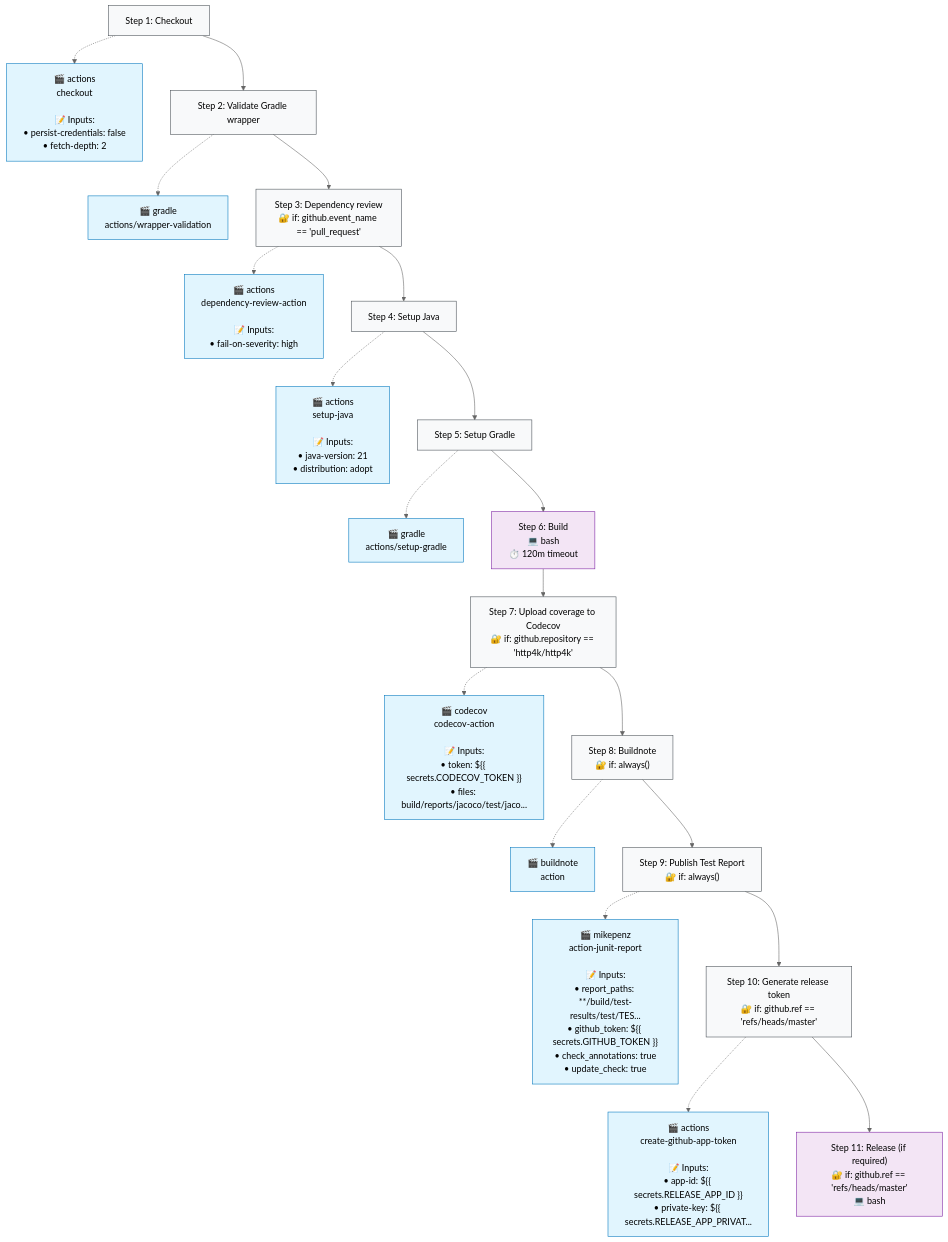
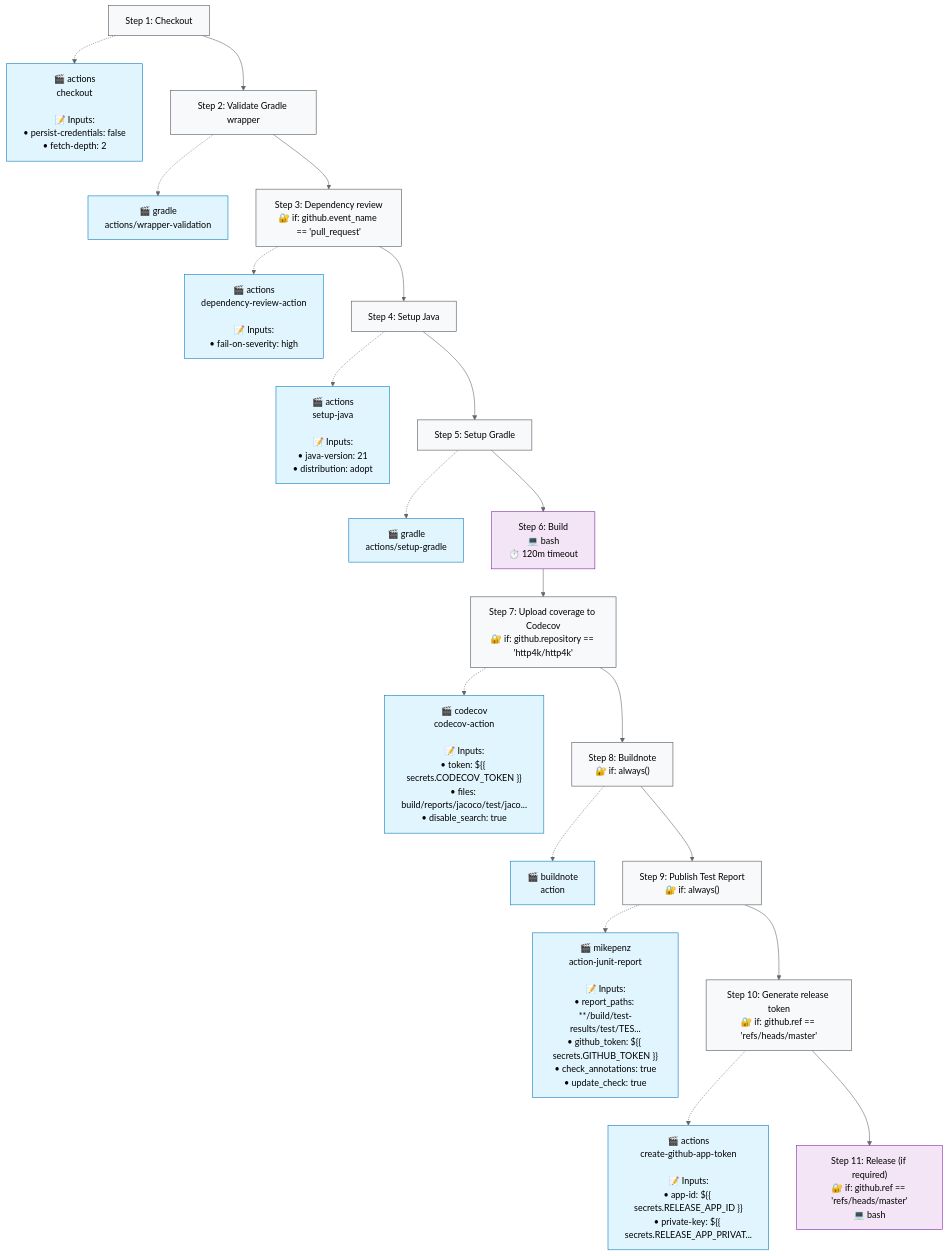
The second of 2 diagrams in .github/typeflows/build-http4k/README.md (http4k/http4k), drawn with Mermaid (neutral theme) before and after one commit. The commit also changed 2 other files, not shown here.

Commit message:
Add `disable_search` option to Codecov action configuration

````diff
--- a/.github/typeflows/build-http4k/README.md
+++ b/.github/typeflows/build-http4k/README.md
@@ -24,63 +24,63 @@
 ```mermaid
 %%{init: {"flowchart": {"curve": "basis"}}}%%
 flowchart TD
     step1["Step 1: Checkout"]
     style step1 fill:#f8f9fa,stroke:#495057
     action1["🎬 actions<br/>checkout<br/><br/>📝 Inputs:<br/>• persist-credentials: false<br/>• fetch-depth: 2"]
     style action1 fill:#e1f5fe,stroke:#0277bd
     step1 -.-> action1
     step2["Step 2: Validate Gradle wrapper"]
     style step2 fill:#f8f9fa,stroke:#495057
     action2["🎬 gradle<br/>actions/wrapper-validation"]
     style action2 fill:#e1f5fe,stroke:#0277bd
     step2 -.-> action2
     step1 --> step2
     step3["Step 3: Dependency review<br/>🔐 if: github.event_name == 'pull_request'"]
     style step3 fill:#f8f9fa,stroke:#495057
     action3["🎬 actions<br/>dependency-review-action<br/><br/>📝 Inputs:<br/>• fail-on-severity: high"]
     style action3 fill:#e1f5fe,stroke:#0277bd
     step3 -.-> action3
     step2 --> step3
     step4["Step 4: Setup Java"]
     style step4 fill:#f8f9fa,stroke:#495057
     action4["🎬 actions<br/>setup-java<br/><br/>📝 Inputs:<br/>• java-version: 21<br/>• distribution: adopt"]
     style action4 fill:#e1f5fe,stroke:#0277bd
     step4 -.-> action4
     step3 --> step4
     step5["Step 5: Setup Gradle"]
     style step5 fill:#f8f9fa,stroke:#495057
     action5["🎬 gradle<br/>actions/setup-gradle"]
     style action5 fill:#e1f5fe,stroke:#0277bd
     step5 -.-> action5
     step4 --> step5
     step6["Step 6: Build<br/>💻 bash<br/>⏱️ 120m timeout"]
     style step6 fill:#f3e5f5,stroke:#7b1fa2
     step5 --> step6
     step7["Step 7: Upload coverage to Codecov<br/>🔐 if: github.repository == 'http4k/http4k'"]
     style step7 fill:#f8f9fa,stroke:#495057
-    action7["🎬 codecov<br/>codecov-action<br/><br/>📝 Inputs:<br/>• token: ${{ secrets.CODECOV_TOKEN }}<br/>• files: build/reports/jacoco/test/jaco..."]
+    action7["🎬 codecov<br/>codecov-action<br/><br/>📝 Inputs:<br/>• token: ${{ secrets.CODECOV_TOKEN }}<br/>• files: build/reports/jacoco/test/jaco...<br/>• disable_search: true"]
     style action7 fill:#e1f5fe,stroke:#0277bd
     step7 -.-> action7
     step6 --> step7
     step8["Step 8: Buildnote<br/>🔐 if: always()"]
     style step8 fill:#f8f9fa,stroke:#495057
     action8["🎬 buildnote<br/>action"]
     style action8 fill:#e1f5fe,stroke:#0277bd
     step8 -.-> action8
     step7 --> step8
     step9["Step 9: Publish Test Report<br/>🔐 if: always()"]
     style step9 fill:#f8f9fa,stroke:#495057
     action9["🎬 mikepenz<br/>action-junit-report<br/><br/>📝 Inputs:<br/>• report_paths: **/build/test-results/test/TES...<br/>• github_token: ${{ secrets.GITHUB_TOKEN }}<br/>• check_annotations: true<br/>• update_check: true"]
     style action9 fill:#e1f5fe,stroke:#0277bd
     step9 -.-> action9
     step8 --> step9
     step10["Step 10: Generate release token<br/>🔐 if: github.ref == 'refs/heads/master'"]
     style step10 fill:#f8f9fa,stroke:#495057
     action10["🎬 actions<br/>create-github-app-token<br/><br/>📝 Inputs:<br/>• app-id: ${{ secrets.RELEASE_APP_ID }}<br/>• private-key: ${{ secrets.RELEASE_APP_PRIVAT..."]
     style action10 fill:#e1f5fe,stroke:#0277bd
     step10 -.-> action10
     step9 --> step10
     step11["Step 11: Release (if required)<br/>🔐 if: github.ref == 'refs/heads/master'<br/>💻 bash"]
     style step11 fill:#f3e5f5,stroke:#7b1fa2
     step10 --> step11
 ```
````
